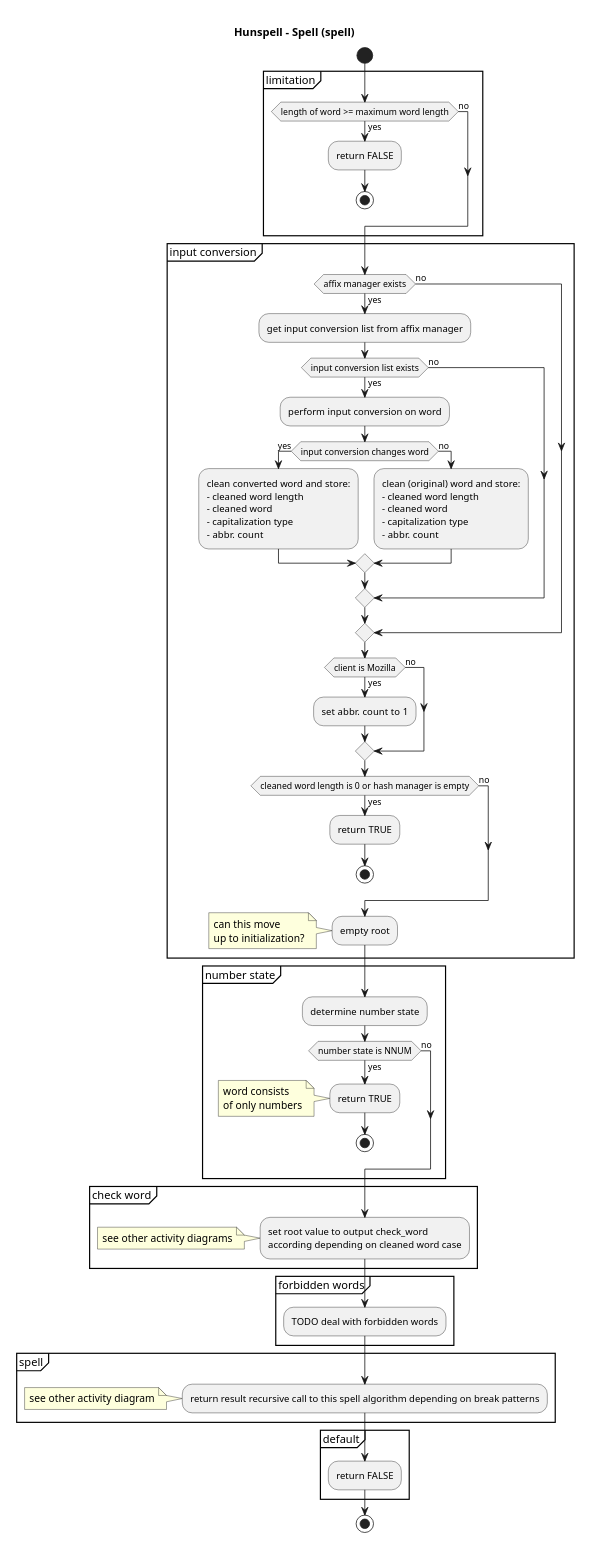
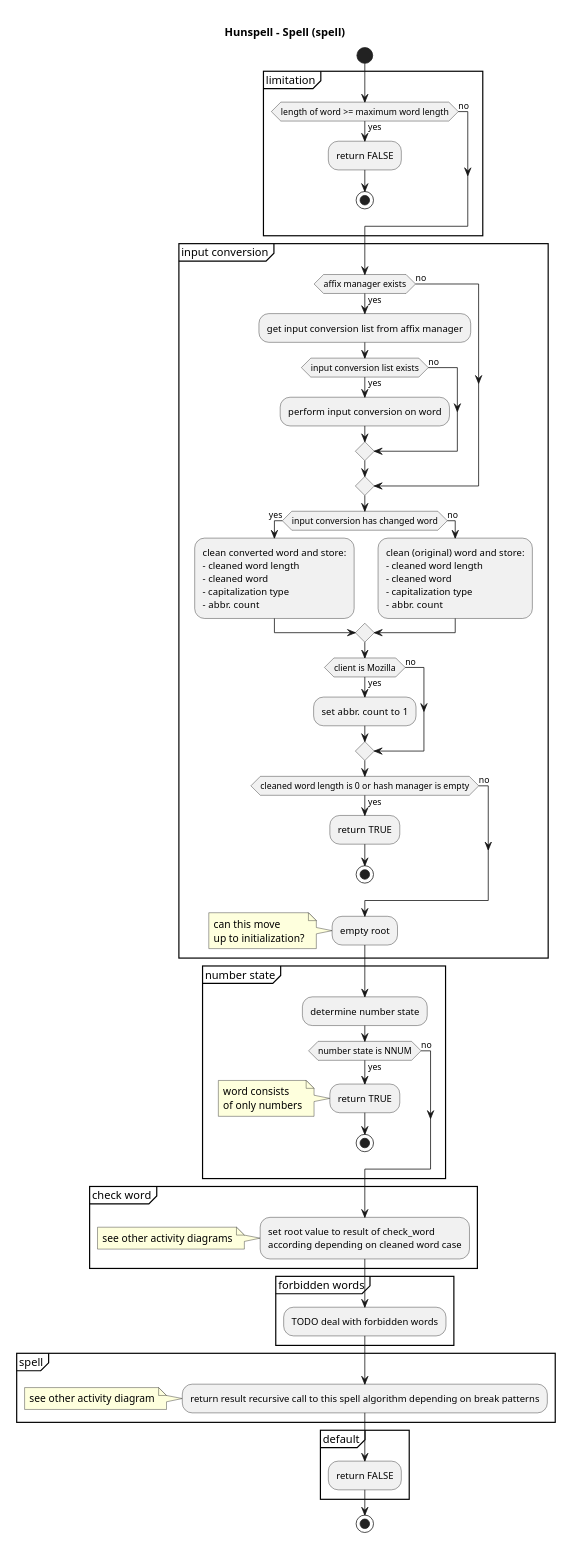
The diagram in uml/plantuml/spell-activity-diagram.pu (nuspell/misc-nuspell), drawn with PlantUML before and after one commit. The commit also changed 5 other files, not shown here.

Commit message:
improving diagrams

```diff
--- a/uml/plantuml/spell-activity-diagram.pu
+++ b/uml/plantuml/spell-activity-diagram.pu
@@ -1,75 +1,75 @@
 @startuml
 skinparam backgroundcolor White|White
 
 title Hunspell - Spell (spell)
 
 start
 
 partition "limitation" {
 	if (length of word >= maximum word length) then (yes)
 		:return FALSE;
 		stop
 	else (no)
 	endif
 }
 
 partition "input conversion" {
 	if (affix manager exists) then (yes)
 		:get input conversion list from affix manager;
 		if (input conversion list exists) then (yes)
 			:perform input conversion on word;
-			if (input conversion changes word) then (yes)
-				:clean converted word and store:\n- cleaned word length\n- cleaned word\n- capitalization type\n- abbr. count;
-			else (no)
-				:clean (original) word and store:\n- cleaned word length\n- cleaned word\n- capitalization type\n- abbr. count;
-			endif
 		else (no)
 		endif
 	else (no)
+	endif
+	if (input conversion has changed word) then (yes)
+		:clean converted word and store:\n- cleaned word length\n- cleaned word\n- capitalization type\n- abbr. count;
+	else (no)
+		:clean (original) word and store:\n- cleaned word length\n- cleaned word\n- capitalization type\n- abbr. count;
 	endif
 
 	if (client is Mozilla) then (yes)
 		:set abbr. count to 1;
 	else (no)
 	endif
 
 	if (cleaned word length is 0 or hash manager is empty) then (yes)
 		:return TRUE;
 		stop
 	else (no)
 	endif
 	:empty root;
 	note left: can this move\nup to initialization?
 }
 
 partition "number state" {
 	:determine number state;
 	if (number state is NNUM) then (yes)
 		:return TRUE;
 		note left: word consists\nof only numbers
 		stop
 	else (no)
 	endif
 }
 
 partition "check word" {
-	:set root value to output check_word\naccording depending on cleaned word case;
+	:set root value to result of check_word\naccording depending on cleaned word case;
 	note left: see other activity diagrams
 }
 
 partition "forbidden words" {
 	:TODO deal with forbidden words;
 }
 
 partition "spell" {
 	:return result recursive call to this spell algorithm depending on break patterns;
 	note left: see other activity diagram
 }
 
 partition "default" {
 	:return FALSE;
 }
 
 stop
 
 @enduml
```
